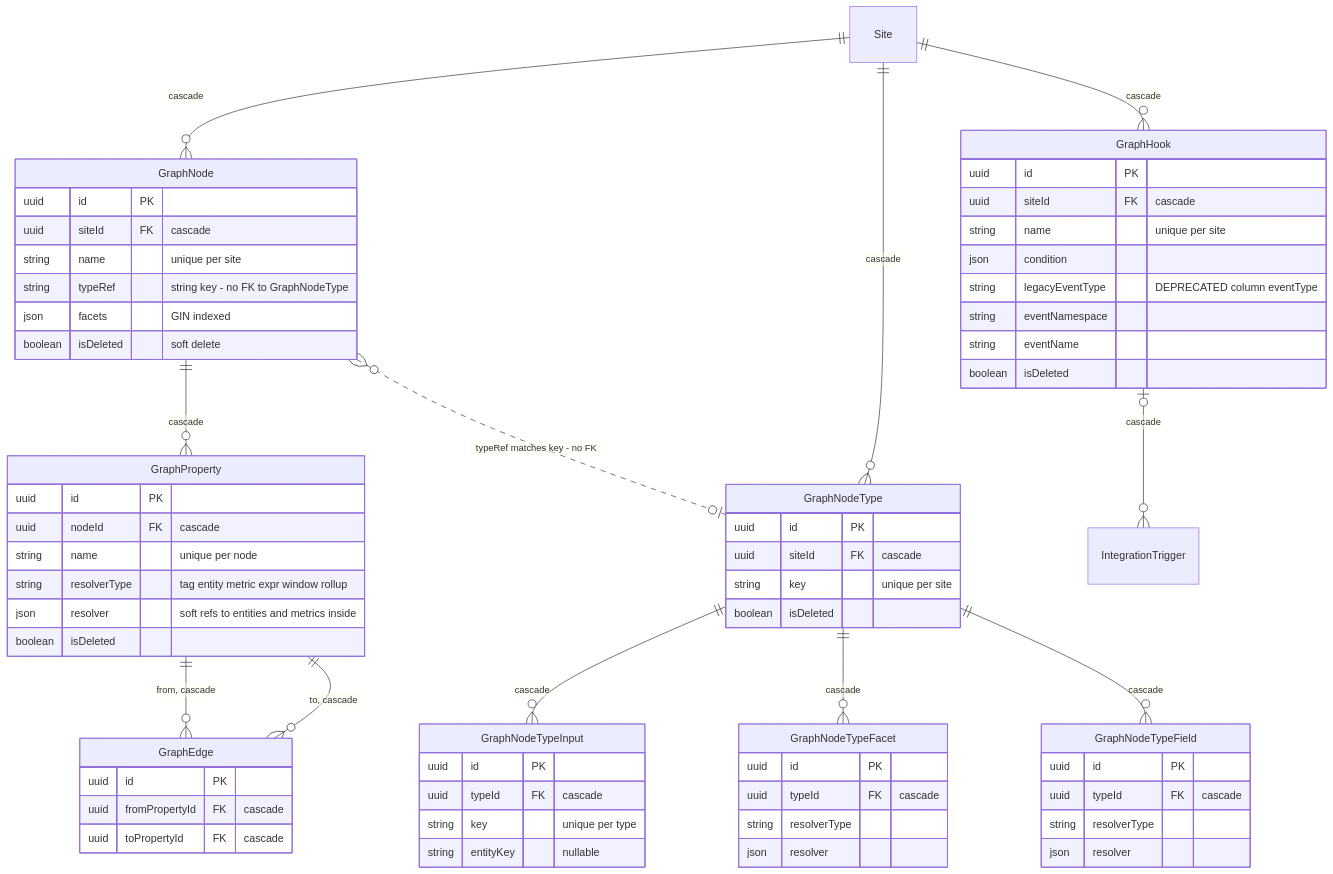
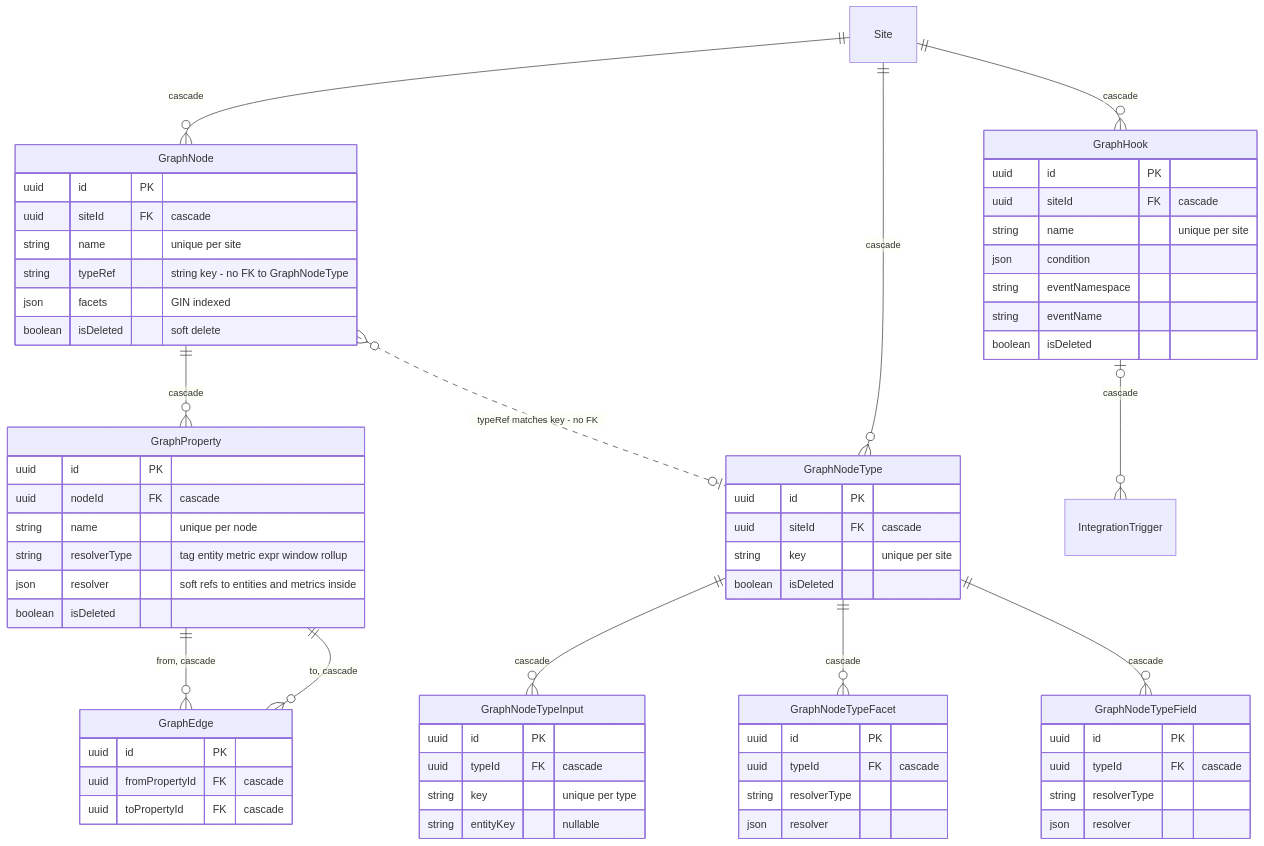
Diagram 12 of 17 in docs/architecture/erd.md (rockwarehq/rw-server), drawn with Mermaid before and after one commit. The commit also changed other lines of this file and 32 other files, not shown here.

````diff
--- a/docs/architecture/erd.md
+++ b/docs/architecture/erd.md
@@ -768,70 +714,69 @@
 ```mermaid
 erDiagram
   GraphNode {
     uuid id PK
     uuid siteId FK "cascade"
     string name "unique per site"
     string typeRef "string key - no FK to GraphNodeType"
     json facets "GIN indexed"
     boolean isDeleted "soft delete"
   }
   GraphProperty {
     uuid id PK
     uuid nodeId FK "cascade"
     string name "unique per node"
     string resolverType "tag entity metric expr window rollup"
     json resolver "soft refs to entities and metrics inside"
     boolean isDeleted
   }
   GraphEdge {
     uuid id PK
     uuid fromPropertyId FK "cascade"
     uuid toPropertyId FK "cascade"
   }
   GraphNodeType {
     uuid id PK
     uuid siteId FK "cascade"
     string key "unique per site"
     boolean isDeleted
   }
   GraphNodeTypeInput {
     uuid id PK
     uuid typeId FK "cascade"
     string key "unique per type"
     string entityKey "nullable"
   }
   GraphNodeTypeFacet {
     uuid id PK
     uuid typeId FK "cascade"
     string resolverType
     json resolver
   }
   GraphNodeTypeField {
     uuid id PK
     uuid typeId FK "cascade"
     string resolverType
     json resolver
   }
   GraphHook {
     uuid id PK
     uuid siteId FK "cascade"
     string name "unique per site"
     json condition
-    string legacyEventType "DEPRECATED column eventType"
     string eventNamespace
     string eventName
     boolean isDeleted
   }
 
   Site ||--o{ GraphNode : "cascade"
   Site ||--o{ GraphNodeType : "cascade"
   Site ||--o{ GraphHook : "cascade"
   GraphNode ||--o{ GraphProperty : "cascade"
   GraphProperty ||--o{ GraphEdge : "from, cascade"
   GraphProperty ||--o{ GraphEdge : "to, cascade"
   GraphNodeType ||--o{ GraphNodeTypeInput : "cascade"
   GraphNodeType ||--o{ GraphNodeTypeFacet : "cascade"
   GraphNodeType ||--o{ GraphNodeTypeField : "cascade"
   GraphNode }o..o| GraphNodeType : "typeRef matches key - no FK"
   GraphHook |o--o{ IntegrationTrigger : "cascade"
 ```
````
